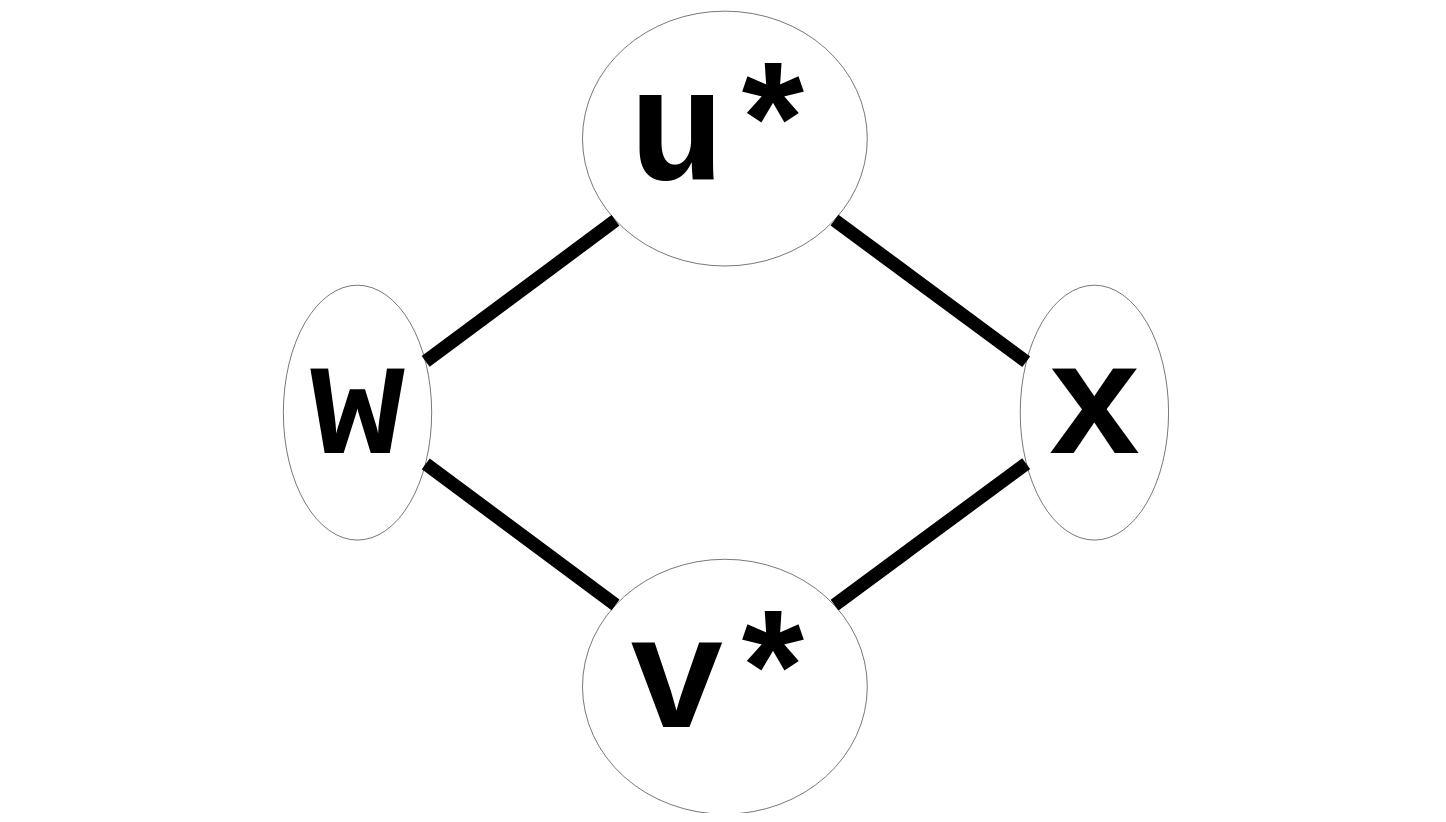
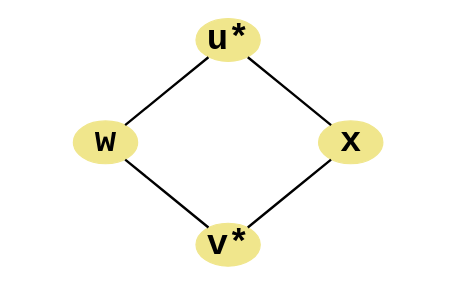
One commit to polapl/Cut-and-Count changed the diagram in square_graph.dot. Above: the diagram before and after it, drawn with Graphviz. The commit also changed 16 other files, not shown here.

```diff
--- a/square_graph.dot
+++ b/square_graph.dot
@@ -1,14 +1,14 @@
 graph G {
 ratio = fill;
-size = "16, 9";
-node [fontsize = 300, fontname="Courier-Bold"];
-edge [penwidth = 25, layer="background", arrowhead=vee, arrowsize=25.0];
-u [label= "u*"]
-v [label= "v*"]
-w [label= "w"]
+size = "5, 3";
+node [fontsize = 30, fontname="Courier-Bold", fixedsize=true];
+edge [penwidth = 2, layer="background", arrowhead=vee, arrowsize=25.0];
+u [label= "u*", color=khaki, style=filled]
+v [label= "v*", color=khaki, style=filled]
+w [label= "w", color=khaki, style=filled]
 u -- w;
 w -- v;
-x [label= "x"]
+x [label= "x", color=khaki, style=filled]
 u -- x;
 x -- v;
 }
```
